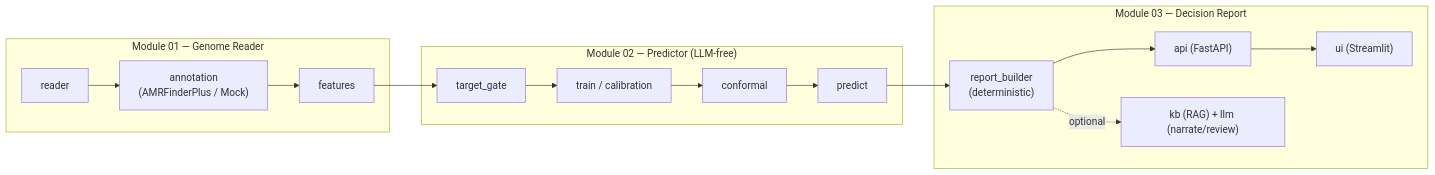
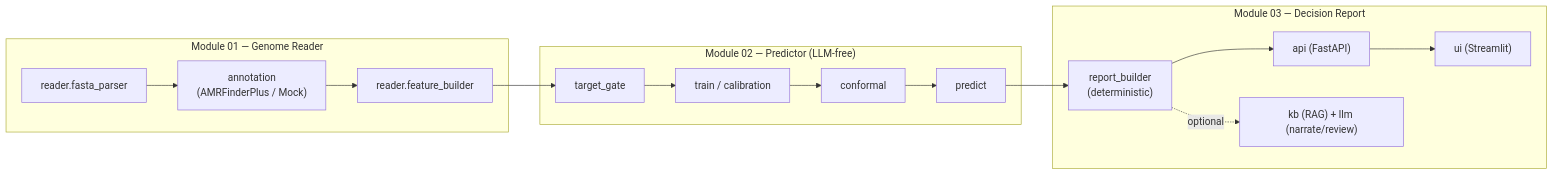
One commit to cofade/ResistanceRecon changed the diagram in Documentation/05-building-block-view/README.md. Above: the diagram before and after it, drawn with Mermaid. The commit also changed other lines of this file and 28 other files, not shown here.

First line of the commit message:
feat(reader): Genome Reader -- schemas, FASTA parser, AMRFinderPlus runner, feature builder (EPIC 2) (#38)

````diff
--- a/Documentation/05-building-block-view/README.md
+++ b/Documentation/05-building-block-view/README.md
@@ -5,15 +5,15 @@
 ```mermaid
 flowchart LR
     subgraph M1["Module 01 — Genome Reader"]
-        RD["reader"] --> AN["annotation\n(AMRFinderPlus / Mock)"] --> FE["features"]
+        RD["reader.fasta_parser"] --> AN["annotation\n(AMRFinderPlus / Mock)"] --> FB["reader.feature_builder"]
     end
     subgraph M2["Module 02 — Predictor (LLM-free)"]
         GATE["target_gate"] --> TR["train / calibration"] --> CO["conformal"] --> PR["predict"]
     end
     subgraph M3["Module 03 — Decision Report"]
         RB["report_builder\n(deterministic)"] --> API2["api (FastAPI)"] --> UI2["ui (Streamlit)"]
         RB -.->|optional| NAR["kb (RAG) + llm (narrate/review)"]
     end
-    FE --> GATE
+    FB --> GATE
     PR --> RB
 ```
````
